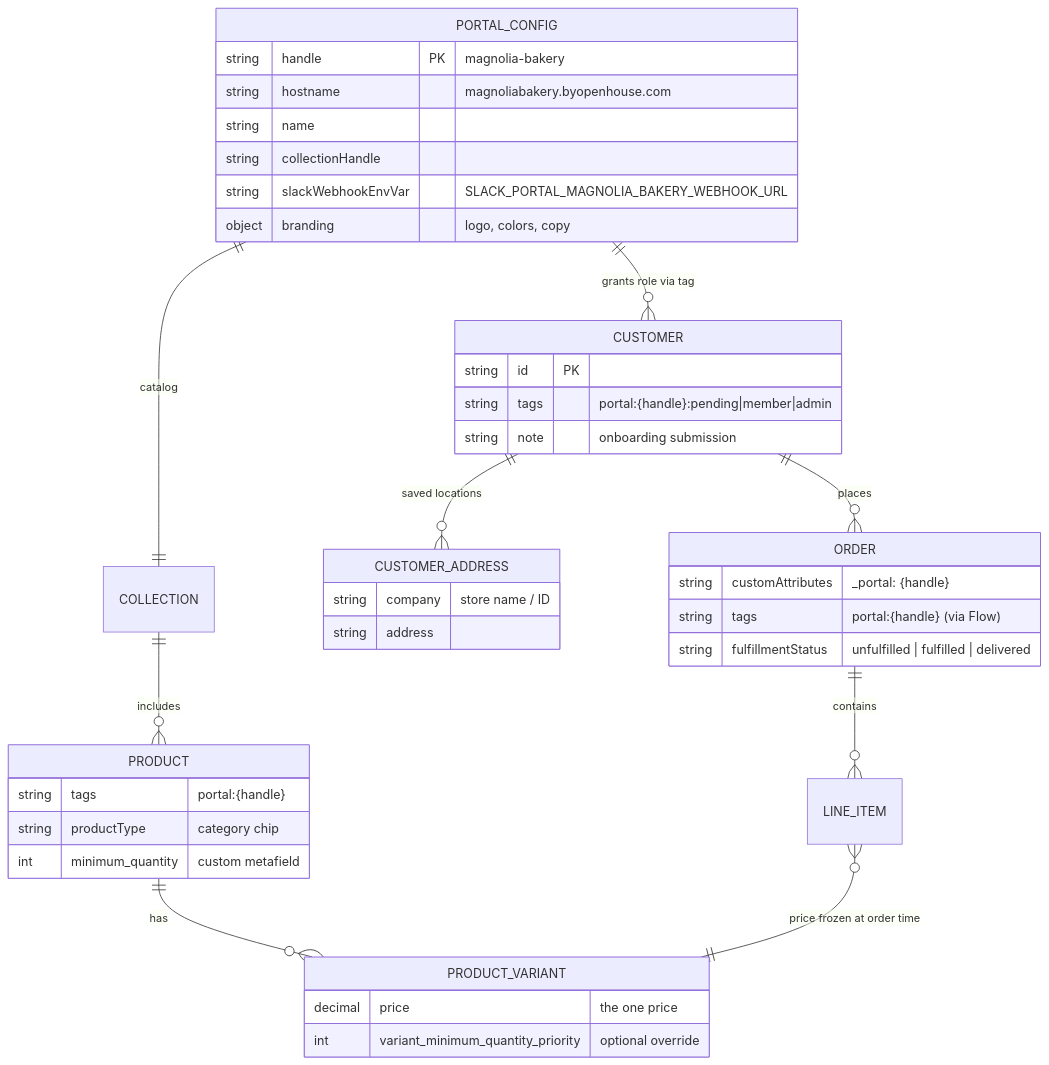
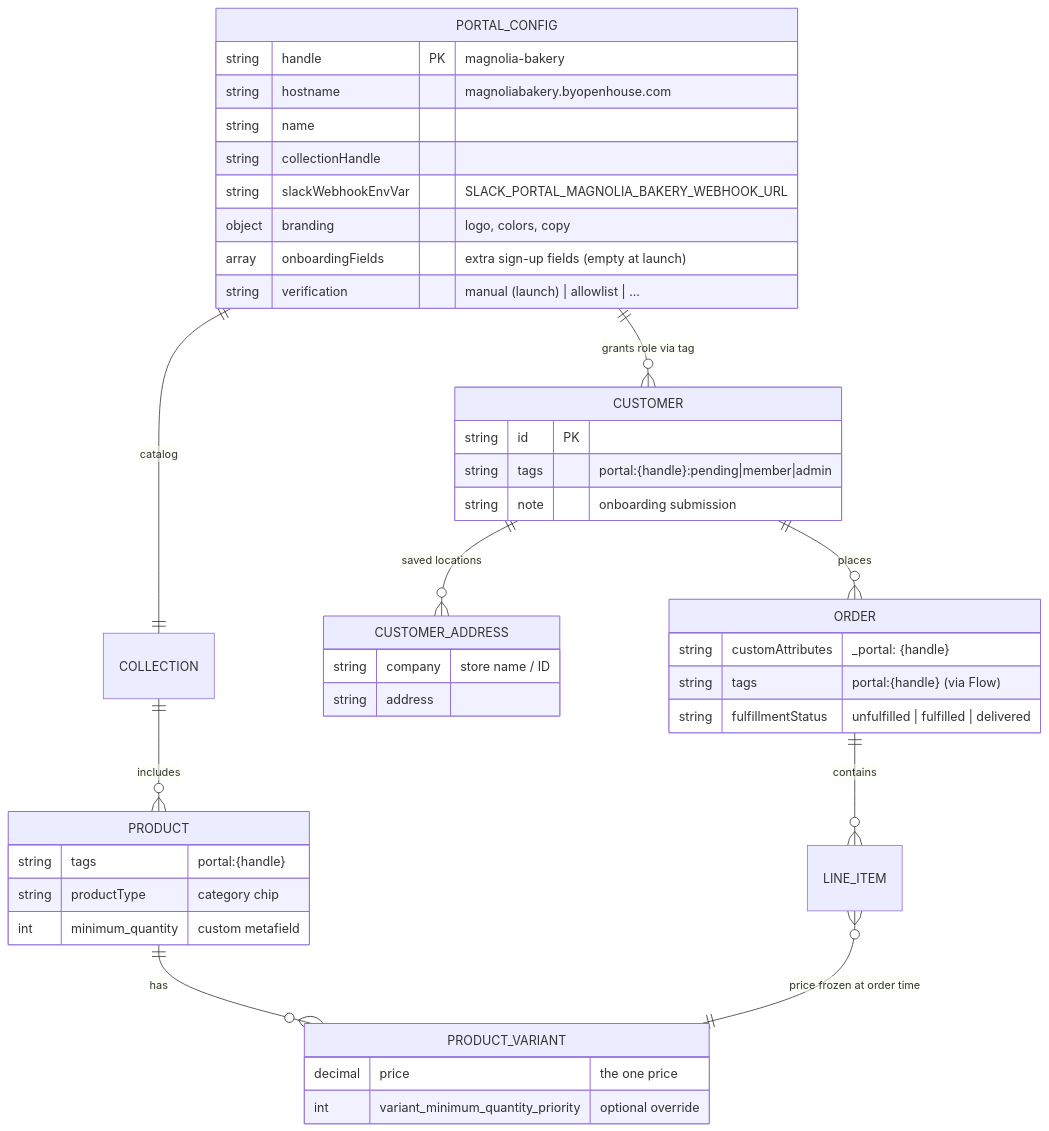
One commit to agubernikoff/openhouse changed the first of 2 diagrams in guides/franchisePortal/franchisePortal.md. Above: the diagram before and after it, drawn with Mermaid. The commit also changed other lines of this file, not shown here.

Commit message:
franchise portal plan: verification extension point

````diff
--- a/guides/franchisePortal/franchisePortal.md
+++ b/guides/franchisePortal/franchisePortal.md
@@ -53,43 +53,45 @@
 ```mermaid
 erDiagram
     PORTAL_CONFIG ||--o{ CUSTOMER : "grants role via tag"
     PORTAL_CONFIG ||--|| COLLECTION : "catalog"
     COLLECTION ||--o{ PRODUCT : includes
     PRODUCT ||--o{ PRODUCT_VARIANT : has
     CUSTOMER ||--o{ CUSTOMER_ADDRESS : "saved locations"
     CUSTOMER ||--o{ ORDER : places
     ORDER ||--o{ LINE_ITEM : contains
     LINE_ITEM }o--|| PRODUCT_VARIANT : "price frozen at order time"
 
     PORTAL_CONFIG {
         string handle PK "magnolia-bakery"
         string hostname "magnoliabakery.byopenhouse.com"
         string name
         string collectionHandle
         string slackWebhookEnvVar "SLACK_PORTAL_MAGNOLIA_BAKERY_WEBHOOK_URL"
         object branding "logo, colors, copy"
+        array onboardingFields "extra sign-up fields (empty at launch)"
+        string verification "manual (launch) | allowlist | ..."
     }
     CUSTOMER {
         string id PK
         string tags "portal:{handle}:pending|member|admin"
         string note "onboarding submission"
     }
     CUSTOMER_ADDRESS {
         string company "store name / ID"
         string address
     }
     PRODUCT {
         string tags "portal:{handle}"
         string productType "category chip"
         int minimum_quantity "custom metafield"
     }
     PRODUCT_VARIANT {
         decimal price "the one price"
         int variant_minimum_quantity_priority "optional override"
     }
     ORDER {
         string customAttributes "_portal: {handle}"
         string tags "portal:{handle} (via Flow)"
         string fulfillmentStatus "unfulfilled | fulfilled | delivered"
     }
 ```
````
